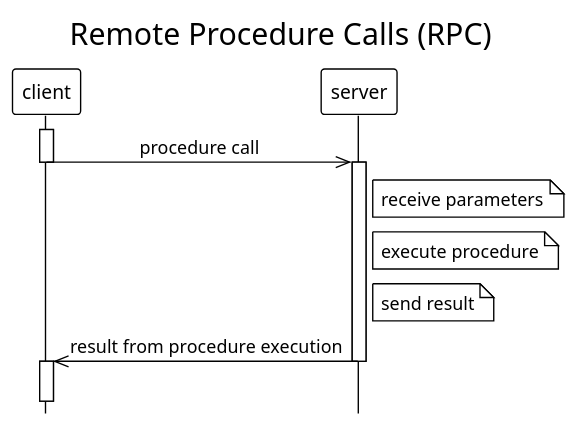
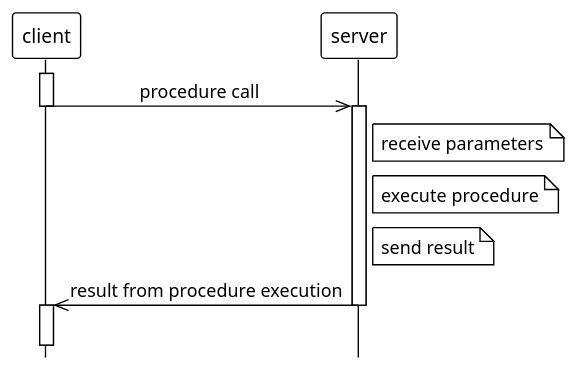
One commit to c0p4c4b4n4/grpc-grpc-java changed the diagram in grpc-java-examples/images/RPC.puml. Above: the diagram before and after it, drawn with PlantUML. The commit also changed 1 other file, not shown here.

```diff
--- a/grpc-java-examples/images/RPC.puml
+++ b/grpc-java-examples/images/RPC.puml
@@ -1,33 +1,33 @@
 @startuml
 '!pragma teoz true
-!theme plain
+!theme mono
 scale 1.1
-title Remote Procedure Calls (RPC)
+'title Remote Procedure Calls (RPC)
 hide footbox
 'skinparam monochrome true
 skinparam TitleFontStyle plain
 'skinparam defaultFontName Source Sans Pro
 'skinparam titleFontSize 15
 skinparam sequenceMessageAlign center
 
 participant "client" as Client
 participant "server" as Server
 
 activate Client
 'note left of Client: invoke procedure
 Client ->> Server : procedure call
 deactivate Client
 activate Server
 
 note right of Server: receive parameters
 note right of Server: execute procedure
 note right of Server: send result
 
 Server ->> Client : result from procedure execution
 deactivate Server
 activate Client
 
 ||20||
 'client -[#white]->]
 
 @enduml
```
